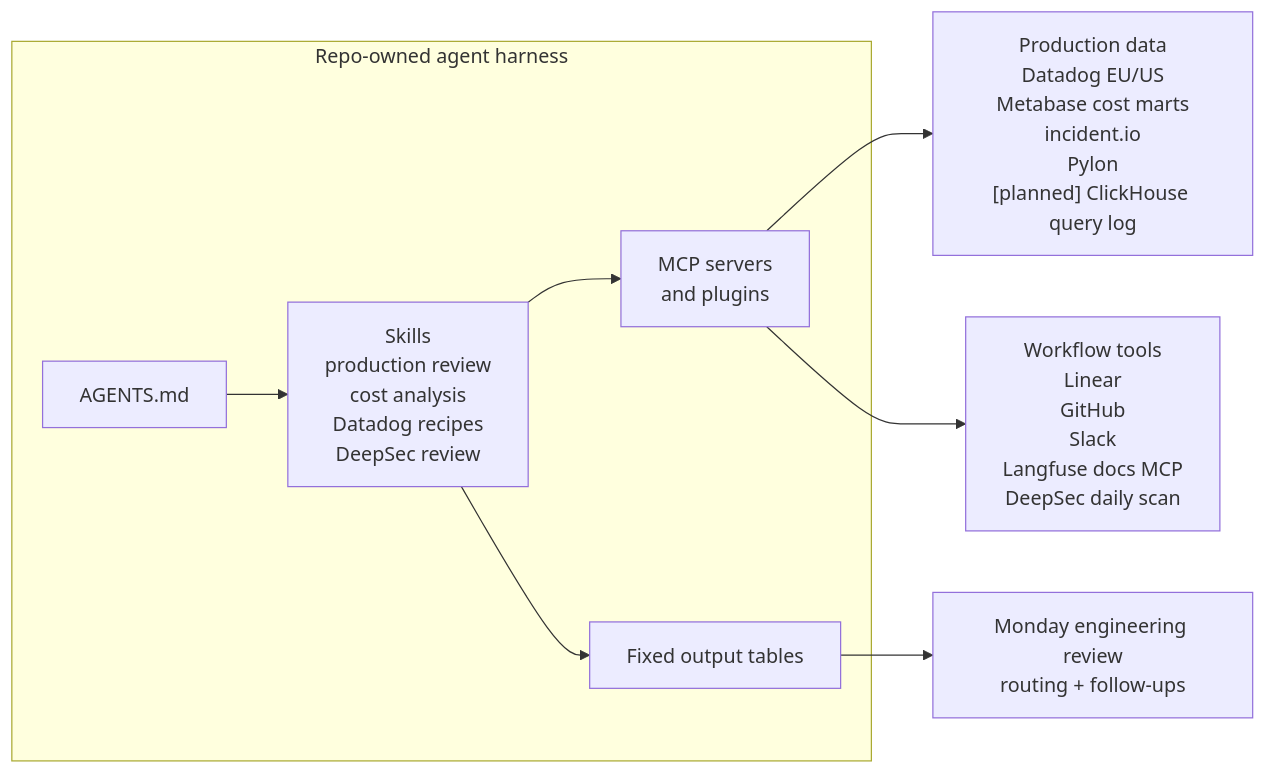
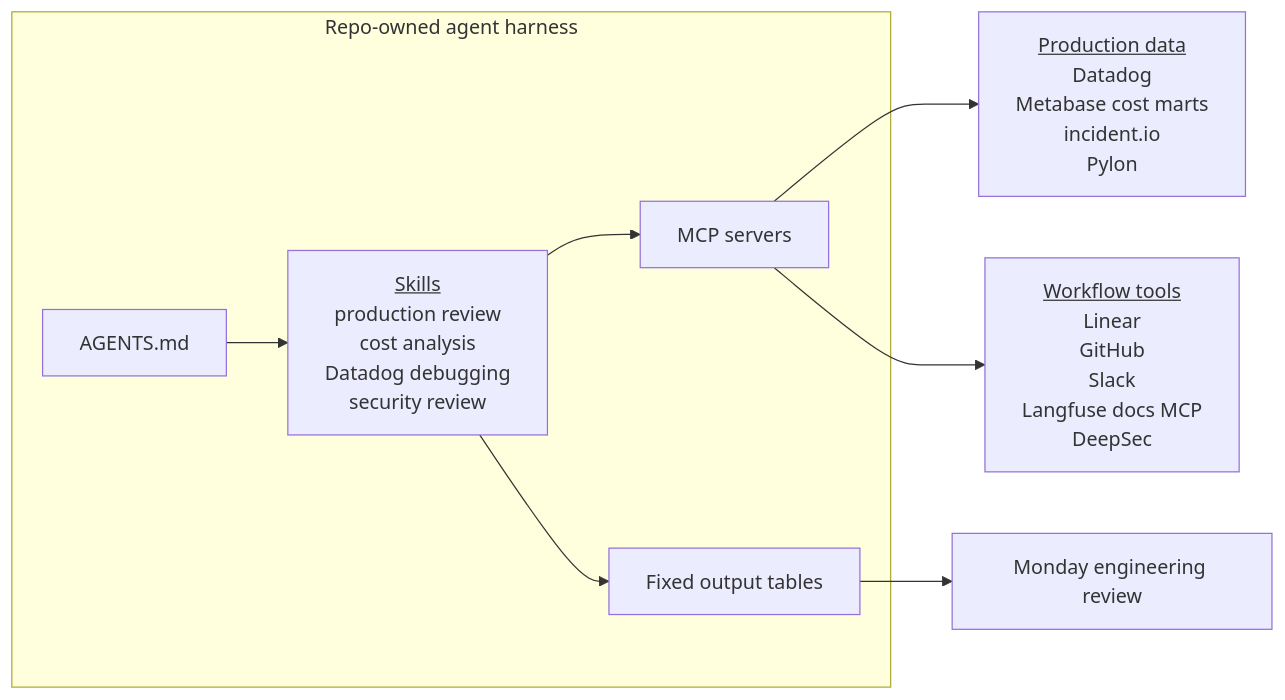
One commit to langfuse/langfuse-docs changed the diagram in content/blog/2026-06-05-agentic-setup-for-operational-work.mdx. Above: the diagram before and after it, drawn with Mermaid. The commit also changed other lines of this file, not shown here.

````diff
--- a/content/blog/2026-06-05-agentic-setup-for-operational-work.mdx
+++ b/content/blog/2026-06-05-agentic-setup-for-operational-work.mdx
@@ -34,20 +57,20 @@
 ```mermaid
 flowchart LR
   subgraph Harness["Repo-owned agent harness"]
     Router["AGENTS.md"]
-    Skills["Skills<br/>production review<br/>cost analysis<br/>Datadog recipes<br/>DeepSec review"]
-    MCP["MCP servers<br/>and plugins"]
+    Skills["<u>Skills</u><br/>production review<br/>cost analysis<br/>Datadog debugging<br/>security review"]
+    MCP["MCP servers"]
     Tables["Fixed output tables"]
     Router --> Skills
     Skills --> MCP
     Skills --> Tables
   end
 
-  Prod["Production data<br/>Datadog EU/US<br/>Metabase cost marts<br/>incident.io<br/>Pylon<br/>[planned] ClickHouse query log"]
-  Work["Workflow tools<br/>Linear<br/>GitHub<br/>Slack<br/>Langfuse docs MCP<br/>DeepSec daily scan"]
-  Review["Monday engineering review<br/>routing + follow-ups"]
+  Prod["<u>Production data</u><br/>Datadog<br/>Metabase cost marts<br/>incident.io<br/>Pylon<br/>"]
+  Work["<u>Workflow tools</u><br/>Linear<br/>GitHub<br/>Slack<br/>Langfuse docs MCP<br/>DeepSec"]
+  Review["Monday engineering review"]
 
   MCP --> Prod
   MCP --> Work
   Tables --> Review
 ```
````
